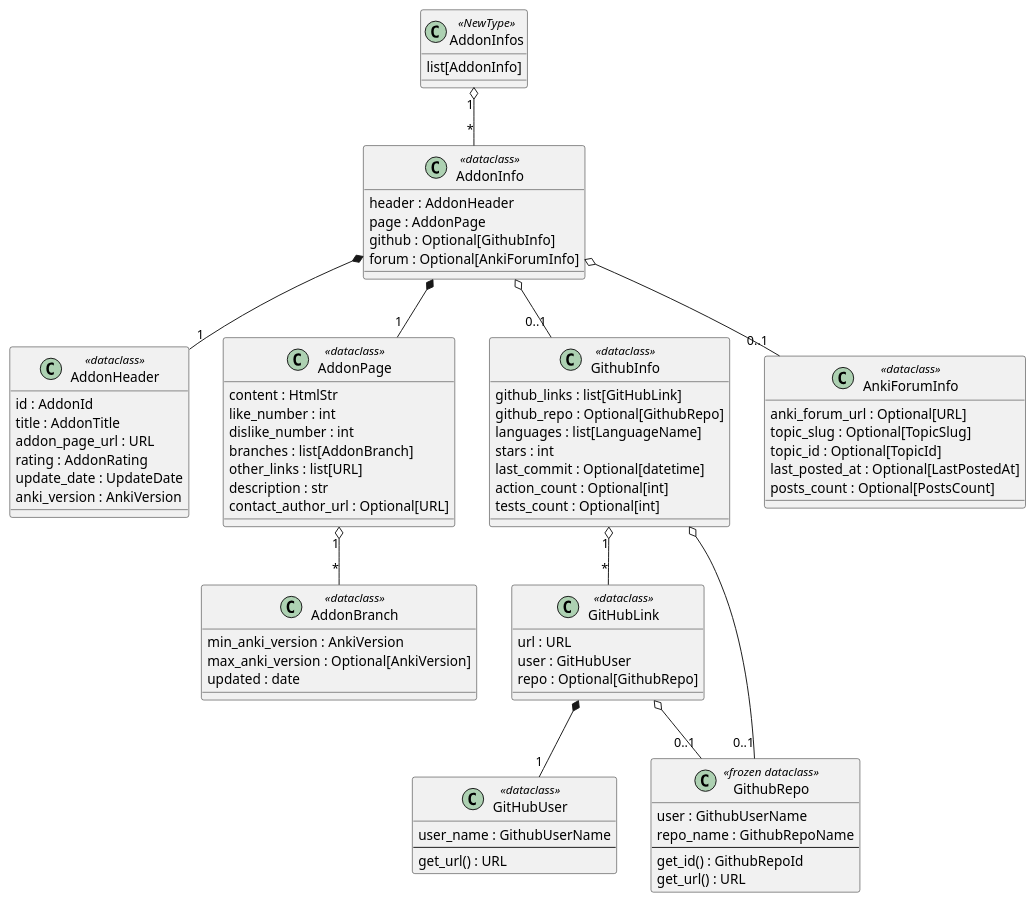
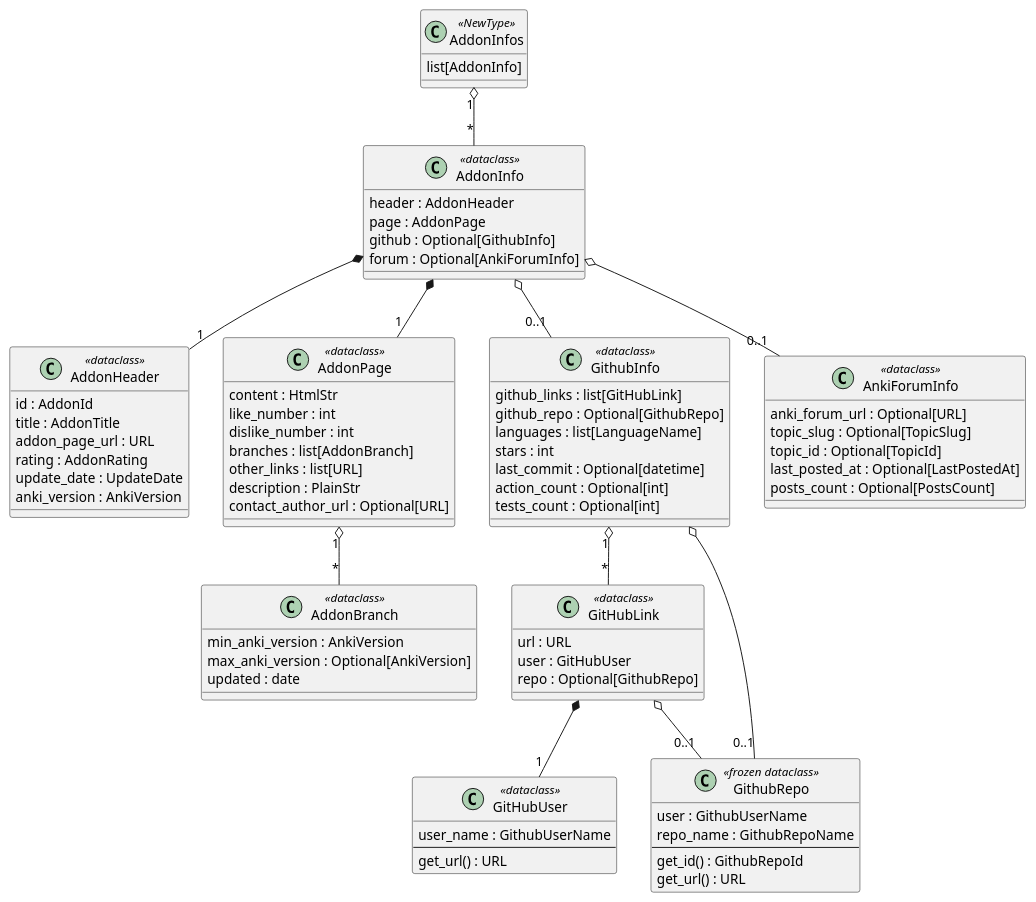
One commit to Aleks-Ya/anki-addons-dataset changed the diagram in doc/uml/class-addon-infos-ai.puml. Above: the diagram before and after it, drawn with PlantUML. The commit also changed 7 other files, not shown here.

Commit message:
Add PlainStr

```diff
--- a/doc/uml/class-addon-infos-ai.puml
+++ b/doc/uml/class-addon-infos-ai.puml
@@ -1,96 +1,96 @@
 @startuml
 ' Structure of the AddonInfos domain model (src/anki_addons_dataset/common/data_types.py).
 ' https://plantuml.com/class-diagram
 
 skinparam packageStyle rectangle
 
 class AddonInfos <<NewType>> {
   list[AddonInfo]
 }
 
 class AddonInfo <<dataclass>> {
   header : AddonHeader
   page : AddonPage
   github : Optional[GithubInfo]
   forum : Optional[AnkiForumInfo]
 }
 
 class AddonHeader <<dataclass>> {
   id : AddonId
   title : AddonTitle
   addon_page_url : URL
   rating : AddonRating
   update_date : UpdateDate
   anki_version : AnkiVersion
 }
 
 class AddonPage <<dataclass>> {
   content : HtmlStr
   like_number : int
   dislike_number : int
   branches : list[AddonBranch]
   other_links : list[URL]
-  description : str
+  description : PlainStr
   contact_author_url : Optional[URL]
 }
 
 class AddonBranch <<dataclass>> {
   min_anki_version : AnkiVersion
   max_anki_version : Optional[AnkiVersion]
   updated : date
 }
 
 class GithubInfo <<dataclass>> {
   github_links : list[GitHubLink]
   github_repo : Optional[GithubRepo]
   languages : list[LanguageName]
   stars : int
   last_commit : Optional[datetime]
   action_count : Optional[int]
   tests_count : Optional[int]
 }
 
 class GitHubLink <<dataclass>> {
   url : URL
   user : GitHubUser
   repo : Optional[GithubRepo]
 }
 
 class GitHubUser <<dataclass>> {
   user_name : GithubUserName
   --
   get_url() : URL
 }
 
 class GithubRepo <<frozen dataclass>> {
   user : GithubUserName
   repo_name : GithubRepoName
   --
   get_id() : GithubRepoId
   get_url() : URL
 }
 
 class AnkiForumInfo <<dataclass>> {
   anki_forum_url : Optional[URL]
   topic_slug : Optional[TopicSlug]
   topic_id : Optional[TopicId]
   last_posted_at : Optional[LastPostedAt]
   posts_count : Optional[PostsCount]
 }
 
 AddonInfos "1" o-- "*" AddonInfo
 
 AddonInfo *-- "1" AddonHeader
 AddonInfo *-- "1" AddonPage
 AddonInfo o-- "0..1" GithubInfo
 AddonInfo o-- "0..1" AnkiForumInfo
 
 AddonPage "1" o-- "*" AddonBranch
 
 GithubInfo "1" o-- "*" GitHubLink
 GithubInfo o-- "0..1" GithubRepo
 
 GitHubLink *-- "1" GitHubUser
 GitHubLink o-- "0..1" GithubRepo
 
 @enduml
```
